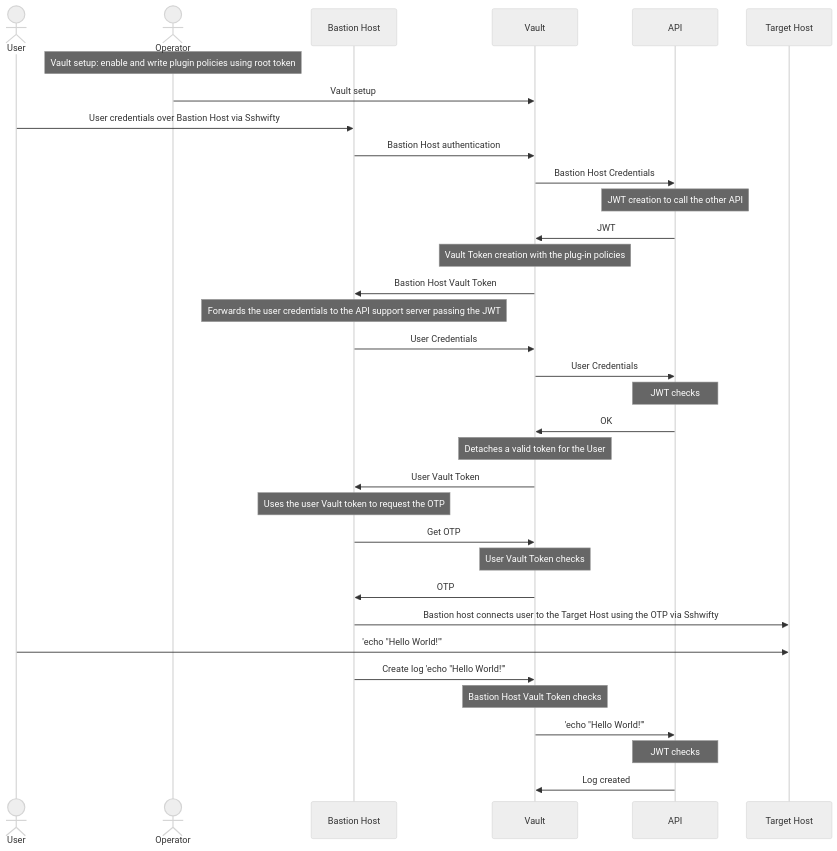
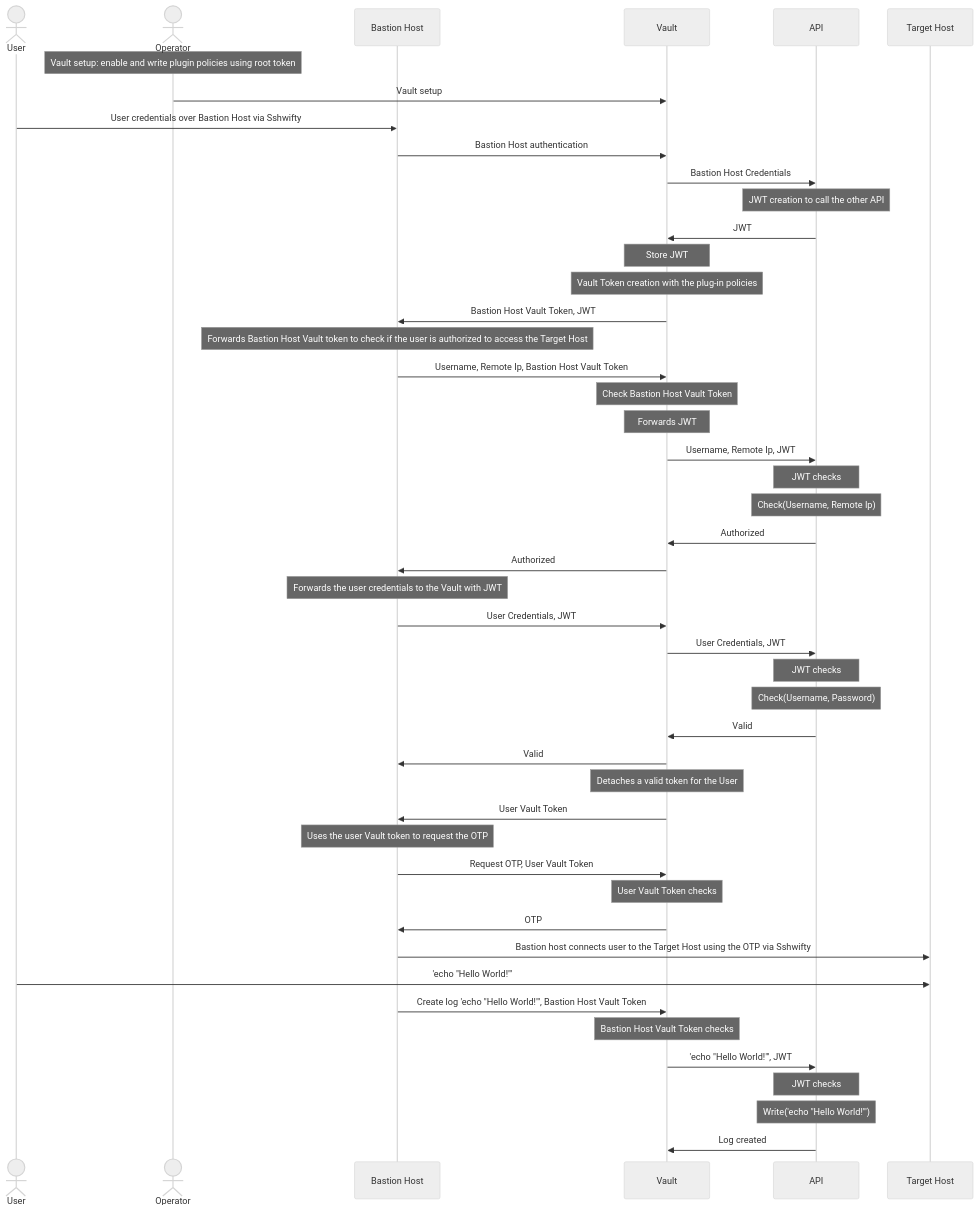
One commit to fedehsq/vault-auth-plugin changed the diagram in README.md. Above: the diagram before and after it, drawn with Mermaid (neutral theme). The commit also changed 21 other files, not shown here.

````diff
--- a/README.md
+++ b/README.md
@@ -18,36 +18,49 @@
 ```mermaid
 sequenceDiagram
     actor User
     actor Operator
     participant Bastion Host
     participant Vault
     participant API
     participant Target Host
     note over Operator: Vault setup: enable and write plugin policies using root token
     Operator->>Vault: Vault setup
     User->>Bastion Host: User credentials over Bastion Host via Sshwifty
     Bastion Host->>Vault: Bastion Host authentication
     Vault->>API: Bastion Host Credentials
     Note over API: JWT creation to call the other API
     API->>Vault: JWT 
+    note over Vault: Store JWT
     note over Vault: Vault Token creation with the plug-in policies
-    Vault->>Bastion Host: Bastion Host Vault Token 
-    note over Bastion Host: Forwards the user credentials to the API support server passing the JWT
-    Bastion Host->>Vault: User Credentials
-    Vault->>API: User Credentials
+    Vault->>Bastion Host: Bastion Host Vault Token, JWT
+    note over Bastion Host: Forwards Bastion Host Vault token to check if the user is authorized to access the Target Host
+    Bastion Host->> Vault: Username, Remote Ip, Bastion Host Vault Token
+    note over Vault: Check Bastion Host Vault Token
+    note over Vault: Forwards JWT
+    Vault ->> API: Username, Remote Ip, JWT
     note over API: JWT checks
-    API->>Vault: OK
+    note over API: Check(Username, Remote Ip)
+    API->>Vault: Authorized
+    Vault->>Bastion Host: Authorized
+    note over Bastion Host: Forwards the user credentials to the Vault with JWT
+    Bastion Host->>Vault: User Credentials, JWT
+    Vault->>API: User Credentials, JWT
+    note over API: JWT checks
+    note over API: Check(Username, Password)
+    API->>Vault: Valid
+    Vault->>Bastion Host: Valid
     note over Vault: Detaches a valid token for the User
     Vault->>Bastion Host: User Vault Token
     note over Bastion Host: Uses the user Vault token to request the OTP
-    Bastion Host->>Vault: Get OTP
+    Bastion Host->>Vault: Request OTP, User Vault Token
     note over Vault: User Vault Token checks
     Vault->>Bastion Host: OTP
     Bastion Host->>Target Host: Bastion host connects user to the Target Host using the OTP via Sshwifty
     User->>Target Host: 'echo "Hello World!"'
-    Bastion Host->>Vault: Create log 'echo "Hello World!"'
+    Bastion Host->>Vault: Create log 'echo "Hello World!"', Bastion Host Vault Token
     note over Vault: Bastion Host Vault Token checks
-    Vault->>API: 'echo "Hello World!"'
+    Vault->>API: 'echo "Hello World!"', JWT
     note over API: JWT checks
+    note over API: Write('echo "Hello World!"')
     API->>Vault: Log created
 ```
````
